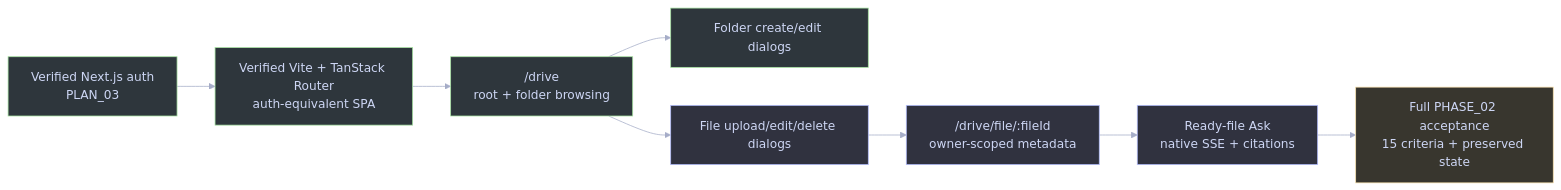
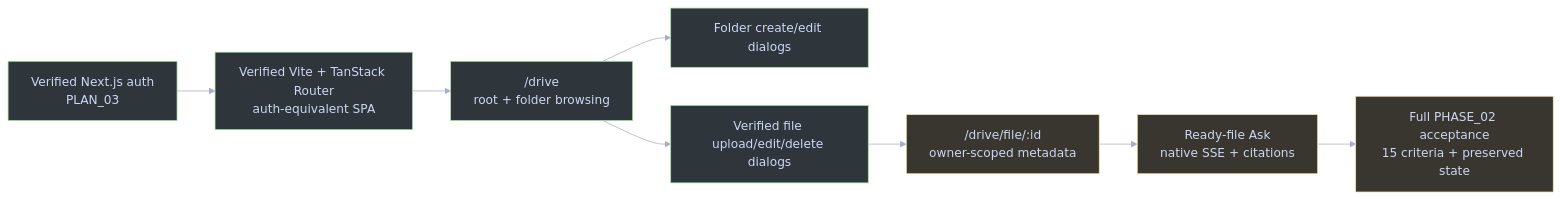
Before and after one commit to RyxnDmello/atlas: the first of 5 diagrams in prompts/PHASE_02/PLAN_04/PHASE_02_PLAN_04.md, drawn with Mermaid. The commit also changed other lines of this file and 35 other files, not shown here.

````diff
--- a/prompts/PHASE_02/PLAN_04/PHASE_02_PLAN_04.md
+++ b/prompts/PHASE_02/PLAN_04/PHASE_02_PLAN_04.md
@@ -36,21 +36,21 @@
 ```mermaid
 %%{init: {'theme': 'base', 'themeVariables': {'background': '#1e1e2e', 'primaryColor': '#45475a', 'primaryTextColor': '#cdd6f4', 'primaryBorderColor': '#89b4fa', 'lineColor': '#a6adc8', 'secondaryColor': '#313244', 'tertiaryColor': '#181825', 'fontFamily': 'Inter, sans-serif'}}}%%
 flowchart LR
     Legacy["Verified Next.js auth<br/>PLAN_03"] --> Migration["Verified Vite + TanStack Router<br/>auth-equivalent SPA"]
     Migration --> Drive["/drive<br/>root + folder browsing"]
     Drive --> Folders["Folder create/edit dialogs"]
-    Drive --> Files["File upload/edit/delete dialogs"]
-    Files --> Detail["/drive/file/:fileId<br/>owner-scoped metadata"]
+    Drive --> Files["Verified file upload/edit/delete dialogs"]
+    Files --> Detail["/drive/file/:id<br/>owner-scoped metadata"]
     Detail --> Ask["Ready-file Ask<br/>native SSE + citations"]
     Ask --> Accept["Full PHASE_02 acceptance<br/>15 criteria + preserved state"]
-    class Legacy,Migration,Drive,Folders verified;
-    class Files,Detail,Ask planned;
+    class Legacy,Migration,Drive,Folders,Files verified;
+    class Detail,Ask caution;
     class Accept caution;
     classDef client fill:#2b3046,stroke:#89b4fa,stroke-width:1px,color:#cdd6f4;
     classDef service fill:#2c3642,stroke:#94e2d5,stroke-width:1px,color:#cdd6f4;
     classDef storage fill:#332e46,stroke:#cba6f7,stroke-width:1px,color:#cdd6f4;
     classDef verified fill:#2e363c,stroke:#a6e3a1,stroke-width:1px,color:#cdd6f4;
     classDef planned fill:#30323f,stroke:#b4befe,stroke-width:1px,color:#cdd6f4;
     classDef caution fill:#38362e,stroke:#f9e2af,stroke-width:1px,color:#cdd6f4;
     classDef denied fill:#39303d,stroke:#f38ba8,stroke-width:1px,color:#cdd6f4;
 ```
````
